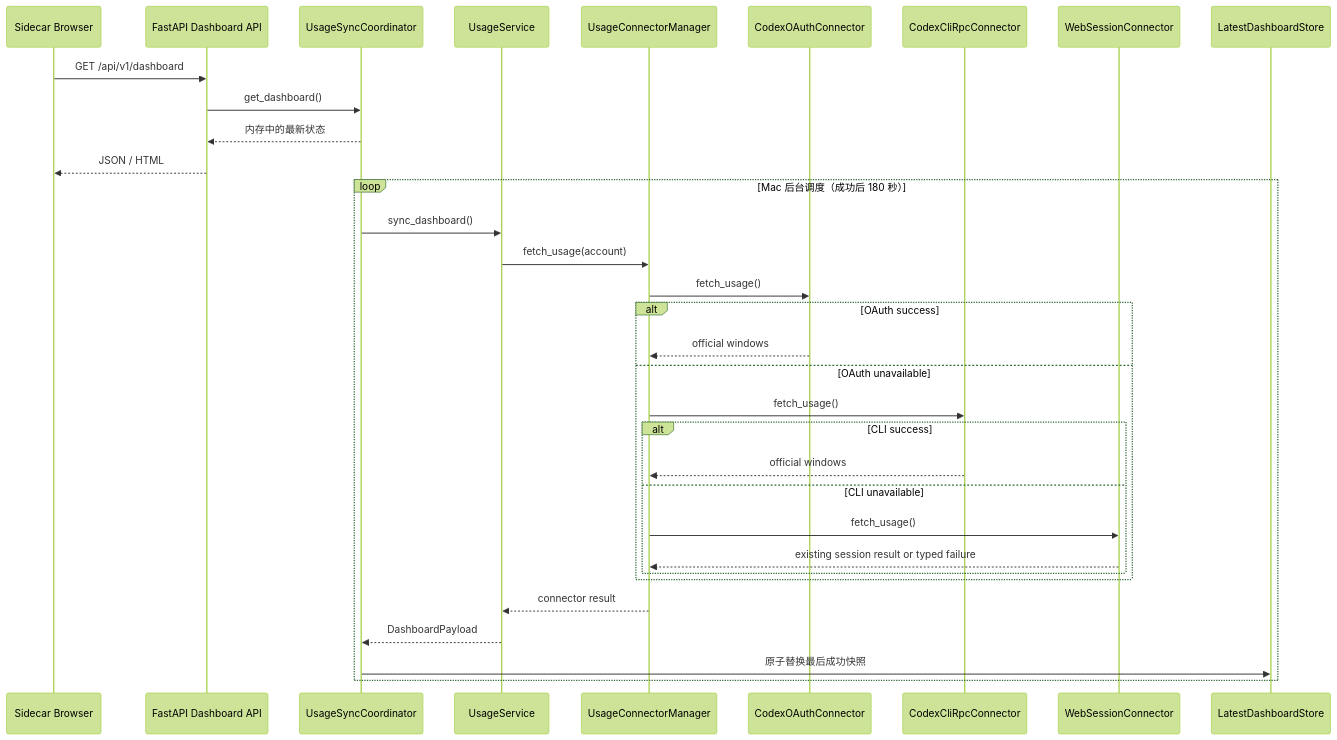
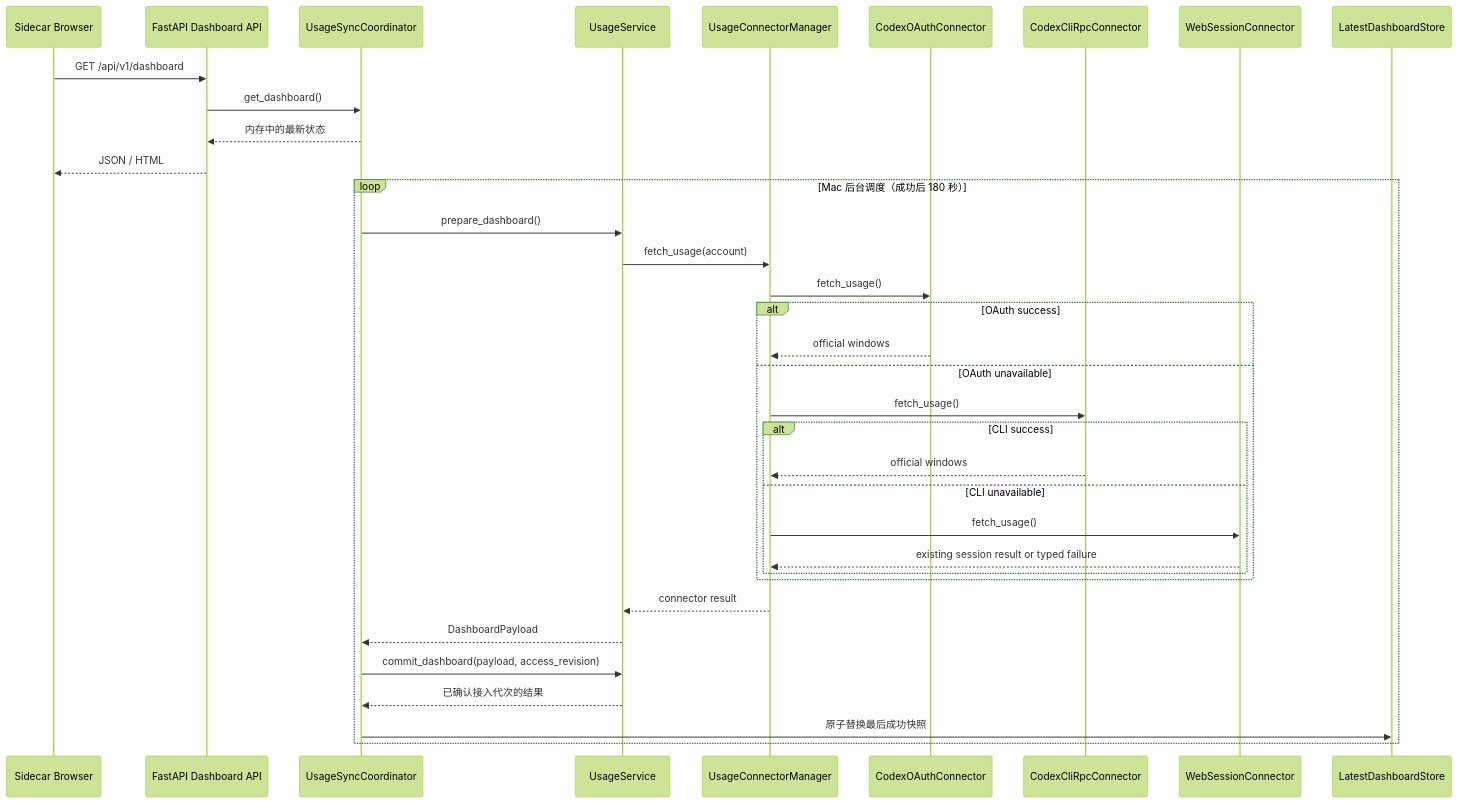
Before and after one commit to gbs00/Token_BI: the second of 3 diagrams in docs/TECH_ARCHITECTURE_V1.0.0.md, drawn with Mermaid (forest theme). The commit also changed 33 other files, not shown here.

````diff
--- a/docs/TECH_ARCHITECTURE_V1.0.0.md
+++ b/docs/TECH_ARCHITECTURE_V1.0.0.md
@@ -444,37 +444,39 @@
 ```mermaid
 sequenceDiagram
     participant Sidecar as Sidecar Browser
     participant API as FastAPI Dashboard API
     participant Coordinator as UsageSyncCoordinator
     participant Usage as UsageService
     participant Manager as UsageConnectorManager
     participant OAuth as CodexOAuthConnector
     participant CLI as CodexCliRpcConnector
     participant Web as WebSessionConnector
     participant Store as LatestDashboardStore
 
     Sidecar->>API: GET /api/v1/dashboard
     API->>Coordinator: get_dashboard()
     Coordinator-->>API: 内存中的最新状态
     API-->>Sidecar: JSON / HTML
 
     loop Mac 后台调度（成功后 180 秒）
-        Coordinator->>Usage: sync_dashboard()
+        Coordinator->>Usage: prepare_dashboard()
         Usage->>Manager: fetch_usage(account)
         Manager->>OAuth: fetch_usage()
         alt OAuth success
             OAuth-->>Manager: official windows
         else OAuth unavailable
             Manager->>CLI: fetch_usage()
             alt CLI success
                 CLI-->>Manager: official windows
             else CLI unavailable
                 Manager->>Web: fetch_usage()
                 Web-->>Manager: existing session result or typed failure
             end
         end
         Manager-->>Usage: connector result
         Usage-->>Coordinator: DashboardPayload
+        Coordinator->>Usage: commit_dashboard(payload, access_revision)
+        Usage-->>Coordinator: 已确认接入代次的结果
         Coordinator->>Store: 原子替换最后成功快照
     end
 ```
````
